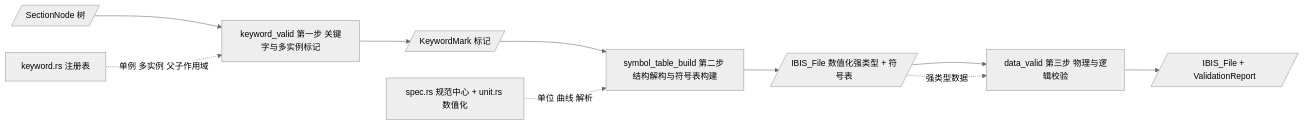
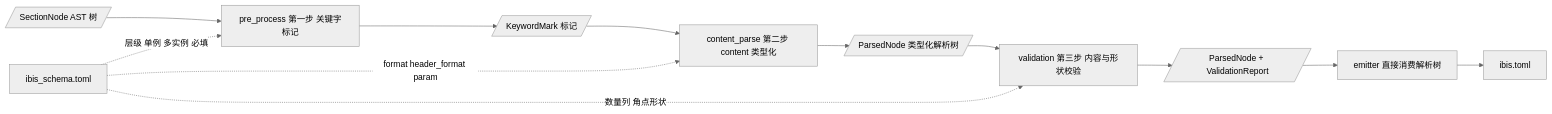
The fifth of 6 diagrams in plans/ibis2ibstoml_architecture.md (ykjoe/IBIS_Parser), drawn with Mermaid (neutral theme) before and after one commit. The commit also changed other lines of this file and 32 other files, not shown here.

Commit message:
optimize frontend design, discard using pest, use a toml schema

````diff
--- a/plans/ibis2ibstoml_architecture.md
+++ b/plans/ibis2ibstoml_architecture.md
@@ -356,12 +340,14 @@
 ```mermaid
 flowchart LR
-    IN[/SectionNode 树/] --> V1[keyword_valid 第一步 关键字与多实例标记]
-    V1 --> MARK[/KeywordMark 标记/]
-    MARK --> V2[symbol_table_build 第二步 结构解构与符号表构建]
-    V2 --> IBIS[/IBIS_File 数值化强类型 + 符号表/]
-    IBIS --> V3[data_valid 第三步 物理与逻辑校验]
-    V3 --> OUT[/IBIS_File + ValidationReport/]
-    REG[keyword.rs 注册表] -. 单例 多实例 父子作用域 .-> V1
-    SPEC[spec.rs 规范中心 + unit.rs 数值化] -. 单位 曲线 解析 .-> V2
-    IBIS -. 强类型数据 .-> V3
+    IN[/SectionNode AST 树/] --> P1[pre_process 第一步 关键字标记]
+    P1 --> MARK[/KeywordMark 标记/]
+    MARK --> P2[content_parse 第二步 content 类型化]
+    P2 --> PARSED[/ParsedNode 类型化解析树/]
+    PARSED --> P3[validation 第三步 内容与形状校验]
+    P3 --> OUT[/ParsedNode + ValidationReport/]
+    OUT --> EM[emitter 直接消费解析树]
+    EM --> TOML[ibis.toml]
+    SC[ibis_schema.toml] -. 层级 单例 多实例 必填 .-> P1
+    SC -. format header_format param .-> P2
+    SC -. 数量列 角点形状 .-> P3
 ```
````
